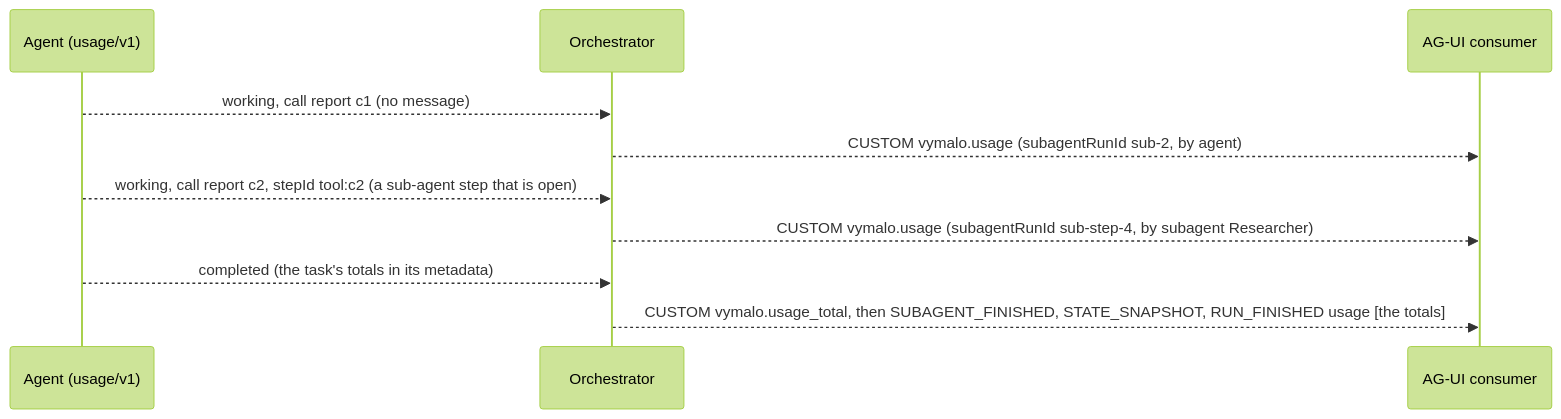
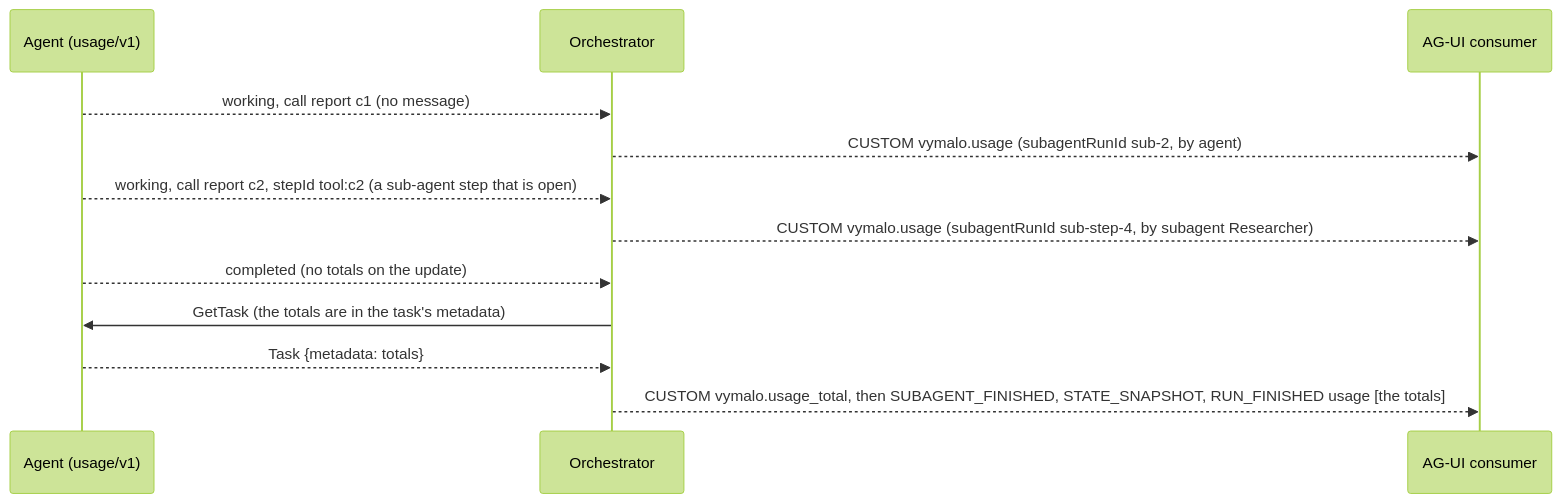
Before and after one commit to vymalo/another-agentic-system: diagram 11 of 20 in docs/api/agui.md, drawn with Mermaid (forest theme). The commit also changed other lines of this file and 8 other files, not shown here.

First line of the commit message:
docs: token usage is built; usage/v1 says where the totals are and how numbers arrive

````diff
--- a/docs/api/agui.md
+++ b/docs/api/agui.md
@@ -925,12 +925,14 @@
 ```mermaid
 sequenceDiagram
   participant A as Agent (usage/v1)
   participant O as Orchestrator
   participant U as AG-UI consumer
   A-->>O: working, call report c1 (no message)
   O-->>U: CUSTOM vymalo.usage (subagentRunId sub-2, by agent)
   A-->>O: working, call report c2, stepId tool:c2 (a sub-agent step that is open)
   O-->>U: CUSTOM vymalo.usage (subagentRunId sub-step-4, by subagent Researcher)
-  A-->>O: completed (the task's totals in its metadata)
+  A-->>O: completed (no totals on the update)
+  O->>A: GetTask (the totals are in the task's metadata)
+  A-->>O: Task {metadata: totals}
   O-->>U: CUSTOM vymalo.usage_total, then SUBAGENT_FINISHED, STATE_SNAPSHOT, RUN_FINISHED usage [the totals]
 ```
````
